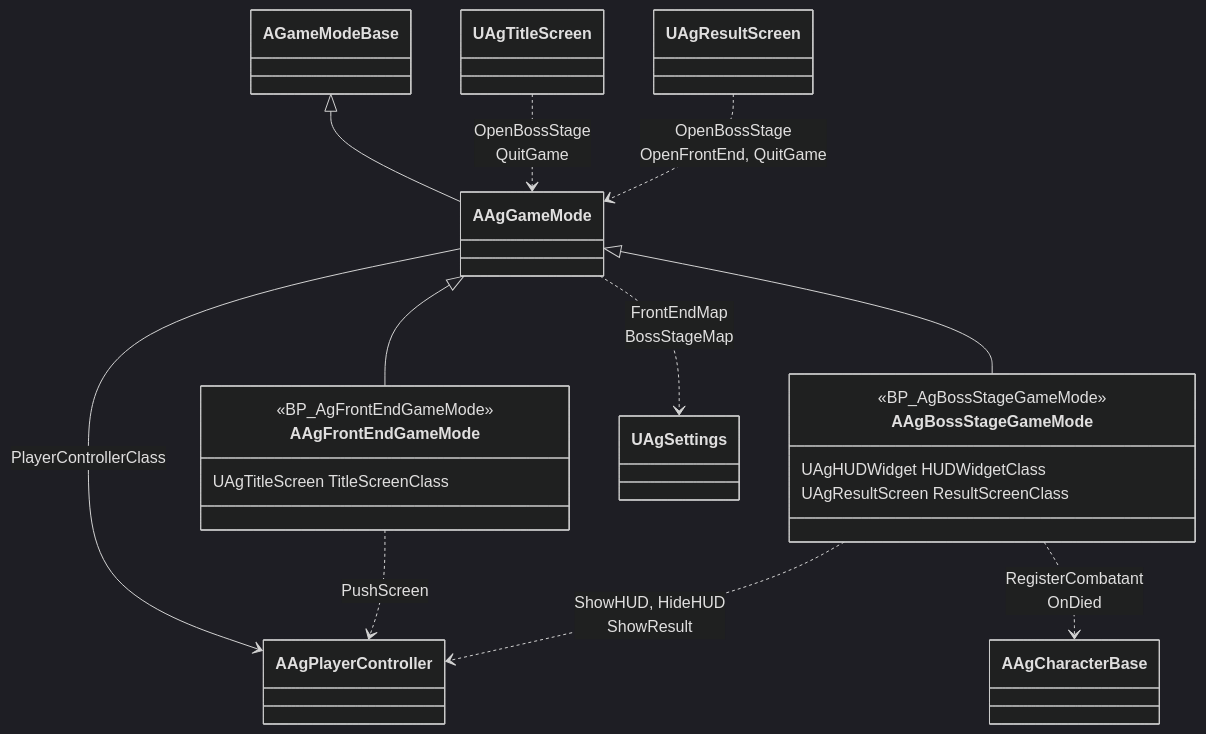
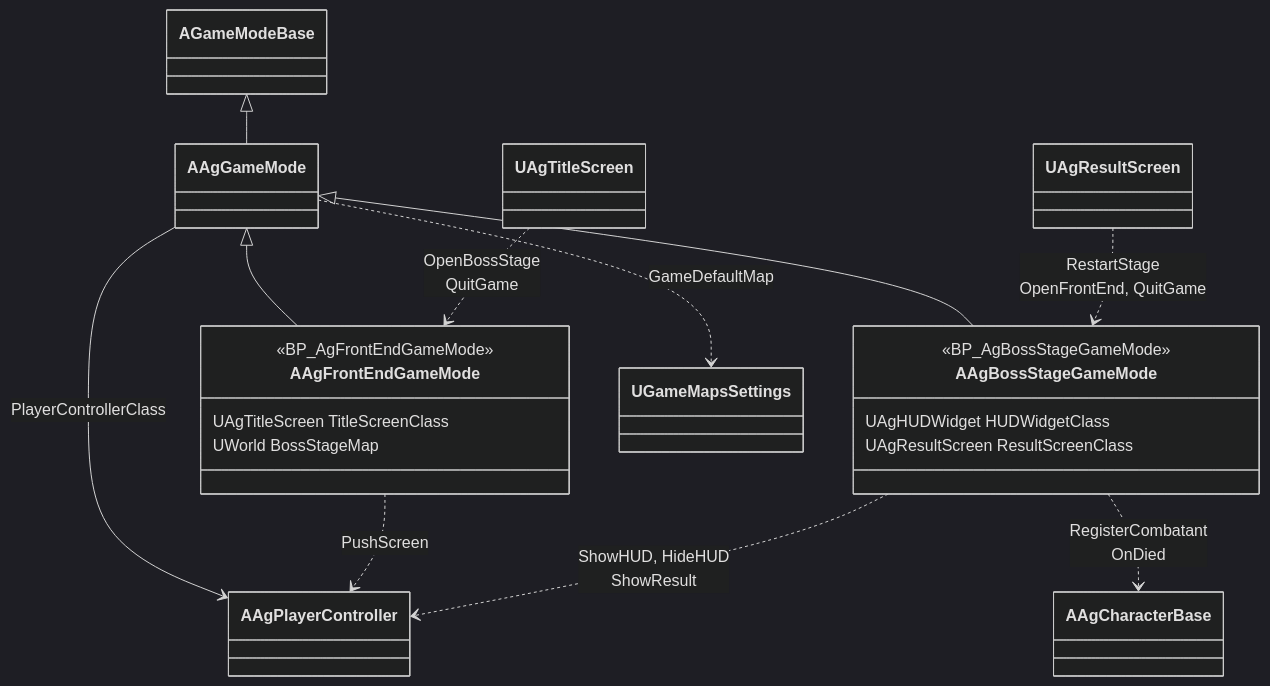
Before and after one commit to Woogl/Ag: diagram 14 of 21 in Docs/Program/클래스 구조도.md, drawn with Mermaid (dark theme). The commit also changed other lines of this file and 30 other files, not shown here.

````diff
--- a/Docs/Program/클래스 구조도.md
+++ b/Docs/Program/클래스 구조도.md
@@ -581,24 +575,25 @@
 ```mermaid
 classDiagram
     direction TB
     class AAgFrontEndGameMode {
         <<BP_AgFrontEndGameMode>>
         UAgTitleScreen TitleScreenClass
+        UWorld BossStageMap
     }
     class AAgBossStageGameMode {
         <<BP_AgBossStageGameMode>>
         UAgHUDWidget HUDWidgetClass
         UAgResultScreen ResultScreenClass
     }
     AGameModeBase <|-- AAgGameMode
     AAgGameMode <|-- AAgFrontEndGameMode
     AAgGameMode <|-- AAgBossStageGameMode
 
     AAgGameMode --> AAgPlayerController : PlayerControllerClass
-    AAgGameMode ..> UAgSettings : FrontEndMap<br>BossStageMap
+    AAgGameMode ..> UGameMapsSettings : GameDefaultMap
     AAgFrontEndGameMode ..> AAgPlayerController : PushScreen
     AAgBossStageGameMode ..> AAgPlayerController : ShowHUD, HideHUD<br>ShowResult
     AAgBossStageGameMode ..> AAgCharacterBase : RegisterCombatant<br>OnDied
-    UAgTitleScreen ..> AAgGameMode : OpenBossStage<br>QuitGame
-    UAgResultScreen ..> AAgGameMode : OpenBossStage<br>OpenFrontEnd, QuitGame
+    UAgTitleScreen ..> AAgFrontEndGameMode : OpenBossStage<br>QuitGame
+    UAgResultScreen ..> AAgBossStageGameMode : RestartStage<br>OpenFrontEnd, QuitGame
 ```
````
